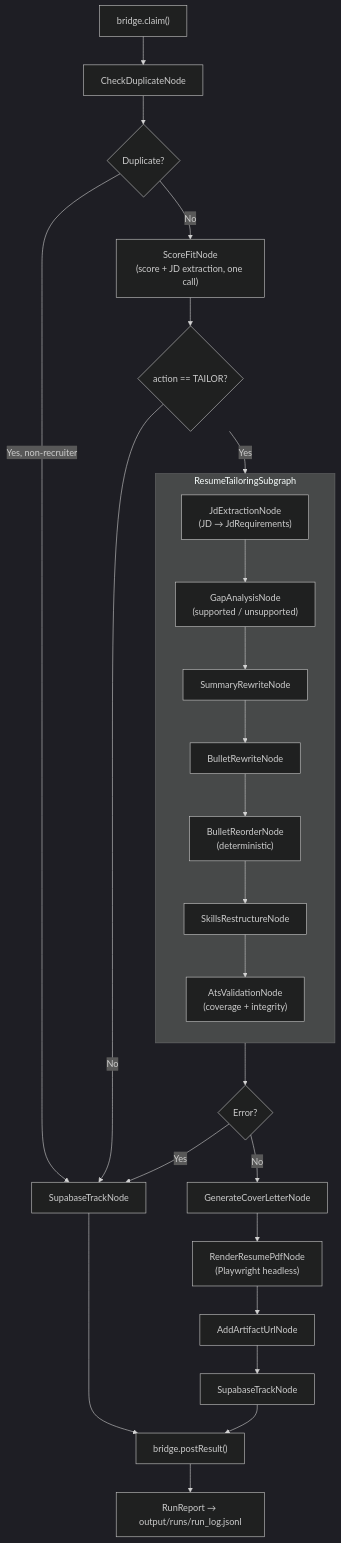
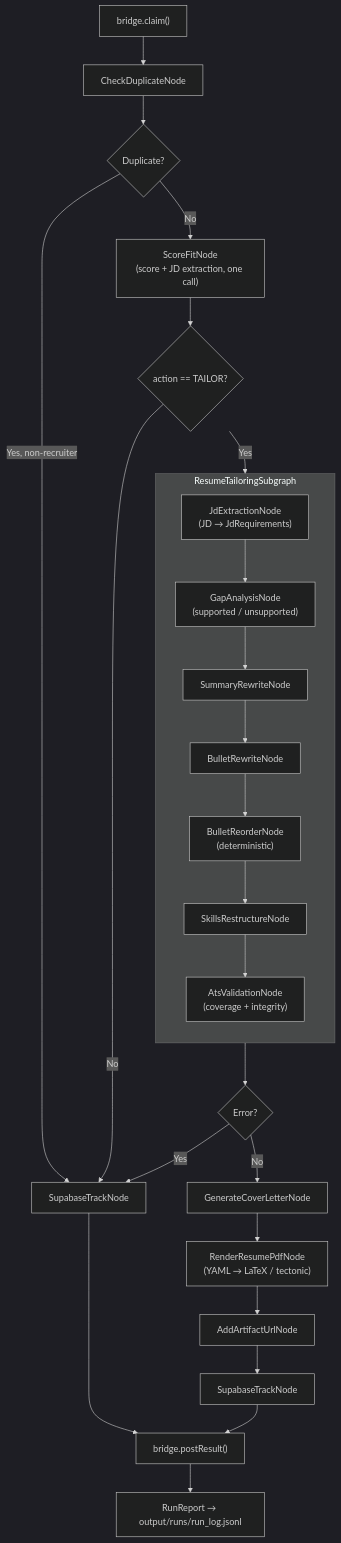
The second of 2 diagrams in services/job-fit-apply-ai-pipeline/README.md (dkkyai/job-fit-apply-ai), drawn with Mermaid (dark theme) before and after one commit. The commit also changed other lines of this file and 1 other file, not shown here.

````diff
--- a/services/job-fit-apply-ai-pipeline/README.md
+++ b/services/job-fit-apply-ai-pipeline/README.md
@@ -70,31 +70,31 @@
 ```mermaid
 flowchart TD
     Claim["bridge.claim()"] --> Dup["CheckDuplicateNode"]
     Dup --> DupQ{"Duplicate?"}
     DupQ -->|Yes, non-recruiter| Track1["SupabaseTrackNode"]
     DupQ -->|No| Score["ScoreFitNode\n(score + JD extraction, one call)"]
 
     Score --> ActionQ{"action == TAILOR?"}
     ActionQ -->|No| Track1
     ActionQ -->|Yes| Tailor
 
     subgraph Tailor ["ResumeTailoringSubgraph"]
         direction TB
         T1["JdExtractionNode\n(JD → JdRequirements)"] --> T2["GapAnalysisNode\n(supported / unsupported)"]
         T2 --> T3["SummaryRewriteNode"]
         T3 --> T4["BulletRewriteNode"]
         T4 --> T5["BulletReorderNode\n(deterministic)"]
         T5 --> T6["SkillsRestructureNode"]
         T6 --> T7["AtsValidationNode\n(coverage + integrity)"]
     end
 
     Tailor --> TailorErrQ{"Error?"}
     TailorErrQ -->|Yes| Track1
     TailorErrQ -->|No| Cover["GenerateCoverLetterNode"]
-    Cover --> Pdf["RenderResumePdfNode\n(Playwright headless)"]
+    Cover --> Pdf["RenderResumePdfNode\n(YAML → LaTeX / tectonic)"]
     Pdf --> Artifact["AddArtifactUrlNode"]
     Artifact --> Track2["SupabaseTrackNode"]
     Track1 --> Post["bridge.postResult()"]
     Track2 --> Post
     Post --> Rec["RunReport → output/runs/run_log.jsonl"]
 ```
````
